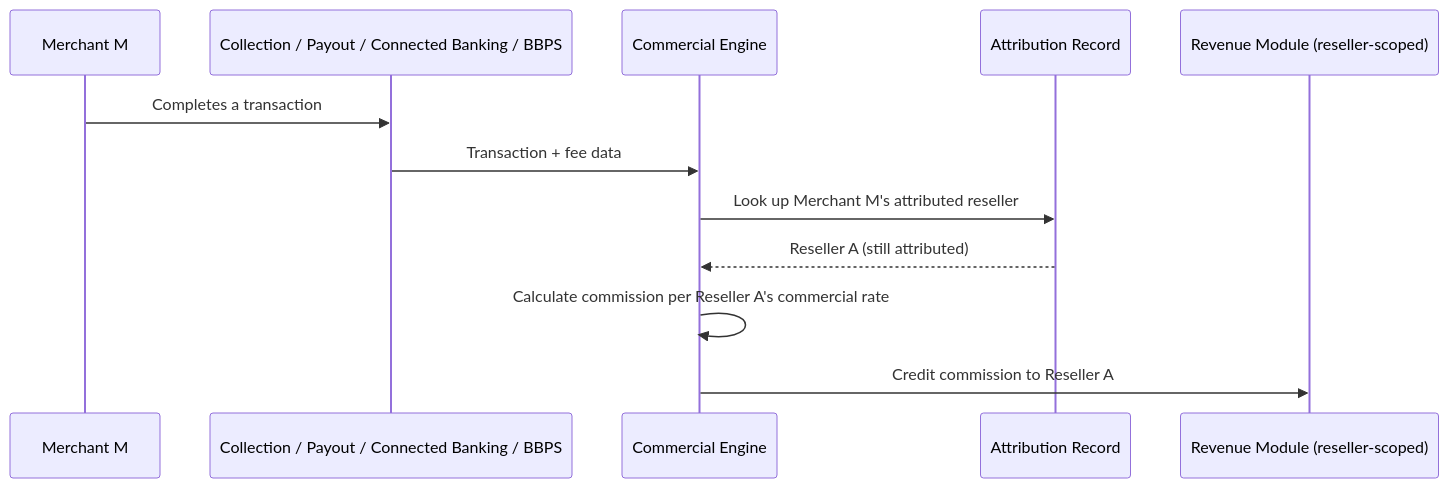
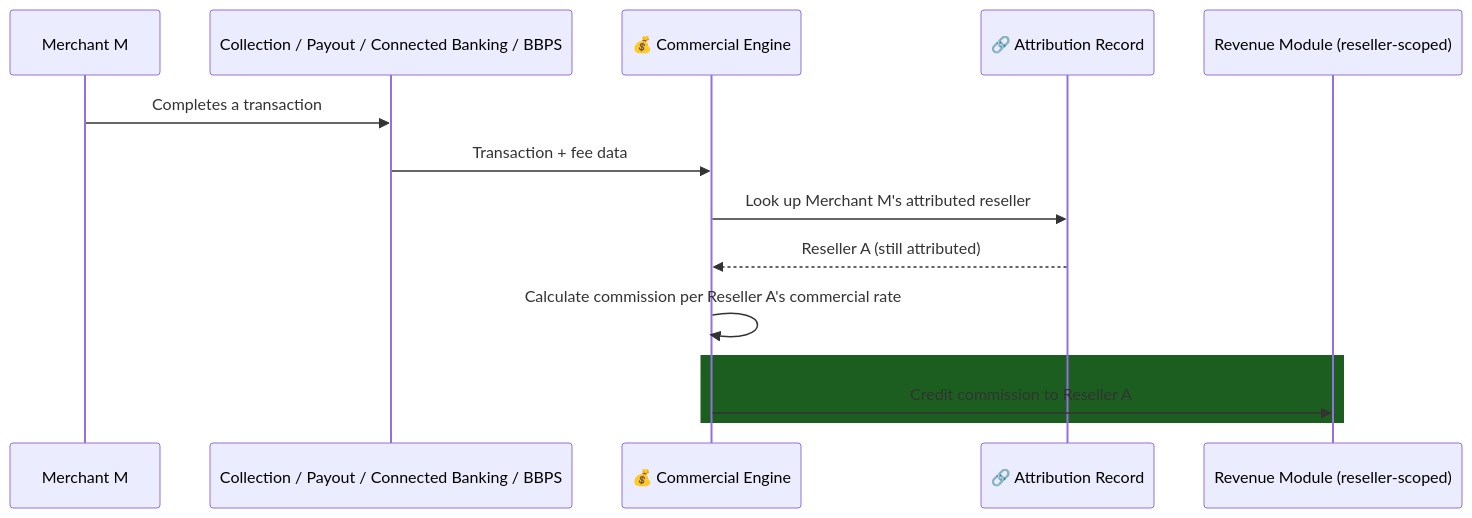
Before and after one commit to ghanendra-sdet/reseller-management-platform: the third of 5 diagrams in docs/architecture-and-flow.md, drawn with Mermaid. The commit also changed other lines of this file, not shown here.

Commit message:
docs: enrich architecture diagrams and prose

````diff
--- a/docs/architecture-and-flow.md
+++ b/docs/architecture-and-flow.md
@@ -78,15 +89,17 @@
 ```mermaid
 sequenceDiagram
     participant M as Merchant M
     participant Svc as Collection / Payout / Connected Banking / BBPS
-    participant CE as Commercial Engine
-    participant Attr as Attribution Record
+    participant CE as 💰 Commercial Engine
+    participant Attr as 🔗 Attribution Record
     participant Rev as Revenue Module (reseller-scoped)
 
     M->>Svc: Completes a transaction
     Svc->>CE: Transaction + fee data
     CE->>Attr: Look up Merchant M's attributed reseller
     Attr-->>CE: Reseller A (still attributed)
     CE->>CE: Calculate commission per Reseller A's commercial rate
+    rect rgb(27, 94, 32)
     CE->>Rev: Credit commission to Reseller A
+    end
 ```
````
